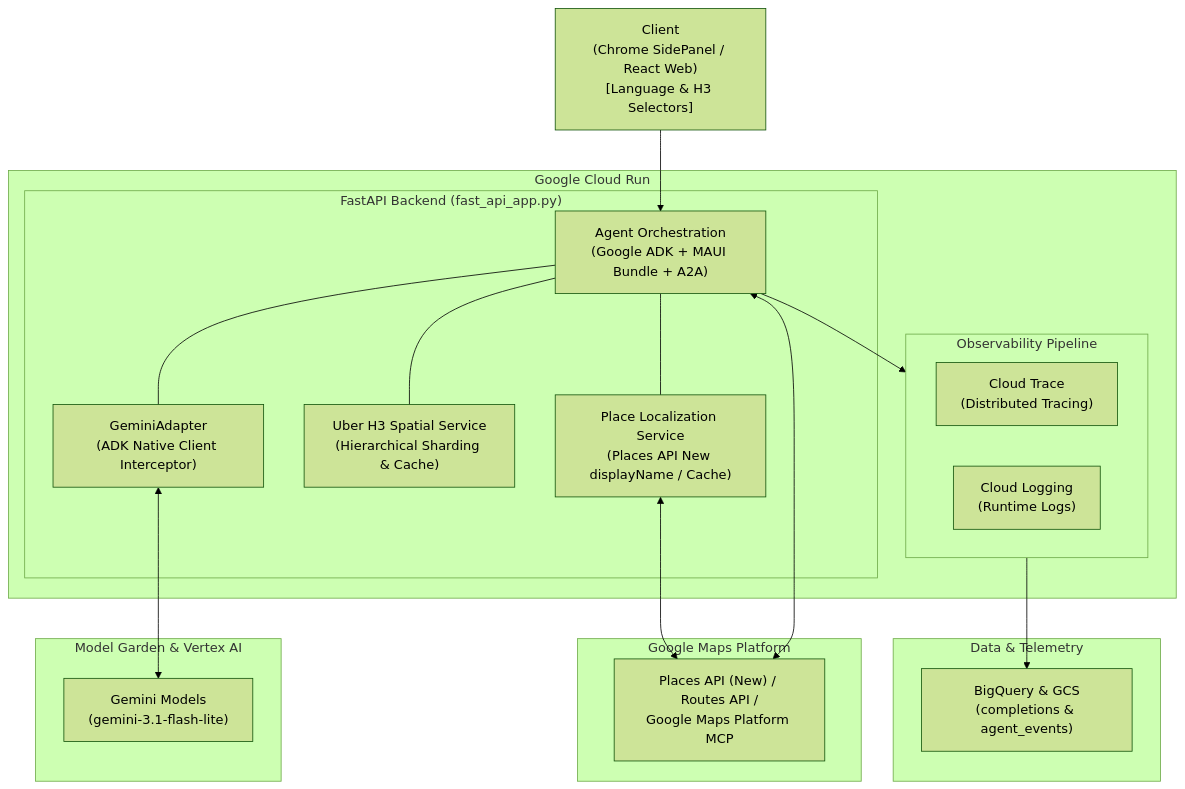
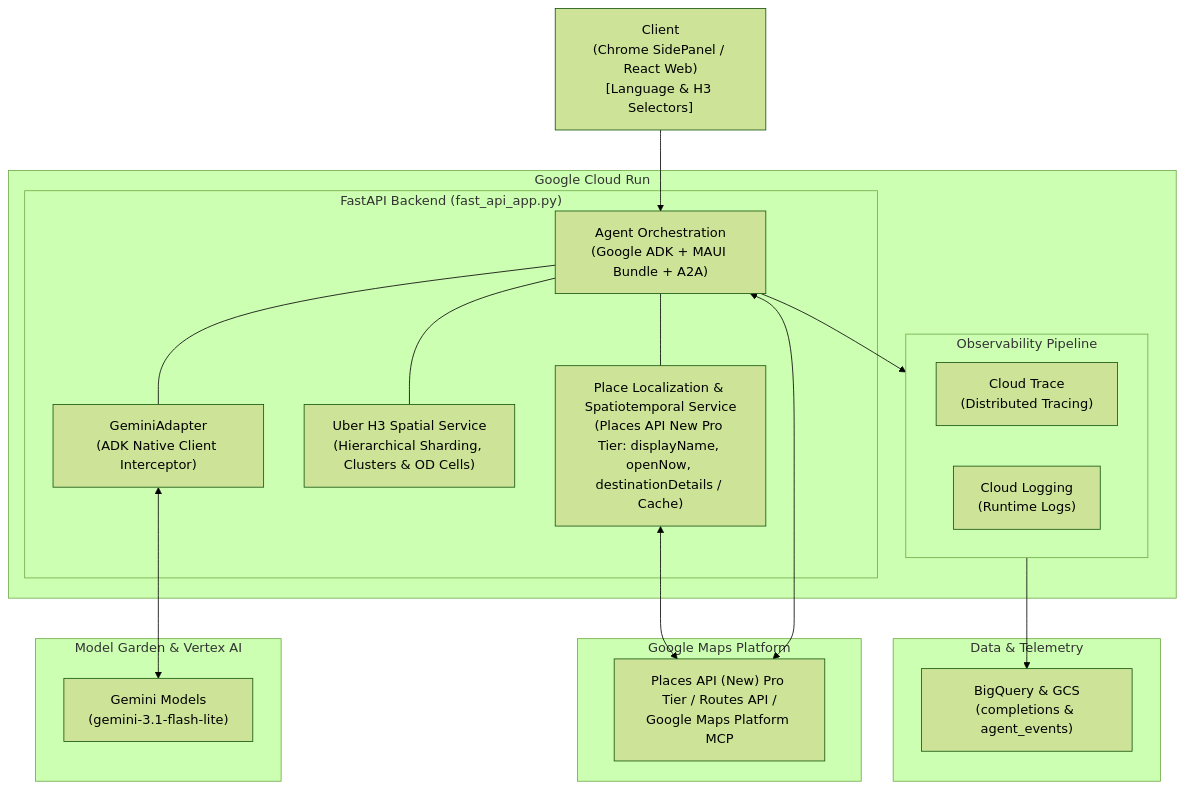
Before and after one commit to shogoorg/geo-agent: the diagram in README.md, drawn with Mermaid (forest theme). The commit also changed other lines of this file and 2 other files, not shown here.

Commit message:
docs: update README with H3 clusters, OD corridors, Places API Pro tier spatiotemporal grounding, and fix e2e test imports

````diff
--- a/README.md
+++ b/README.md
@@ -422,40 +432,40 @@
 ```mermaid
 flowchart TB
     Client["Client\n(Chrome SidePanel / React Web)\n[Language & H3 Selectors]"]
 
     subgraph Deployment ["Google Cloud Run"]
         subgraph FastAPIApp ["FastAPI Backend (fast_api_app.py)"]
             AO["Agent Orchestration\n(Google ADK + MAUI Bundle + A2A)"]
             GA["GeminiAdapter\n(ADK Native Client Interceptor)"]
-            H3["Uber H3 Spatial Service\n(Hierarchical Sharding & Cache)"]
-            LOC["Place Localization Service\n(Places API New displayName / Cache)"]
+            H3["Uber H3 Spatial Service\n(Hierarchical Sharding, Clusters & OD Cells)"]
+            LOC["Place Localization & Spatiotemporal Service\n(Places API New Pro Tier: displayName, openNow, destinationDetails / Cache)"]
             AO --- GA
             AO --- H3
             AO --- LOC
         end
         subgraph Observability ["Observability Pipeline"]
             OTEL["Cloud Trace\n(Distributed Tracing)"]
             LOG["Cloud Logging\n(Runtime Logs)"]
         end
     end
 
     subgraph LLMs ["Model Garden & Vertex AI"]
         MG["Gemini Models\n(gemini-3.1-flash-lite)"]
     end
 
     subgraph Data ["Data & Telemetry"]
         DSA["BigQuery & GCS\n(completions & agent_events)"]
     end
 
     subgraph MapsPlatform ["Google Maps Platform"]
-        MAPS["Places API (New) / Routes API /\nGoogle Maps Platform MCP"]
+        MAPS["Places API (New) Pro Tier / Routes API /\nGoogle Maps Platform MCP"]
     end
 
     %% Connections
     Client --> AO
     AO <--> MAPS
     LOC <--> MAPS
     GA <--> MG
     AO --> Observability
     Observability --> DSA
 ```
````
